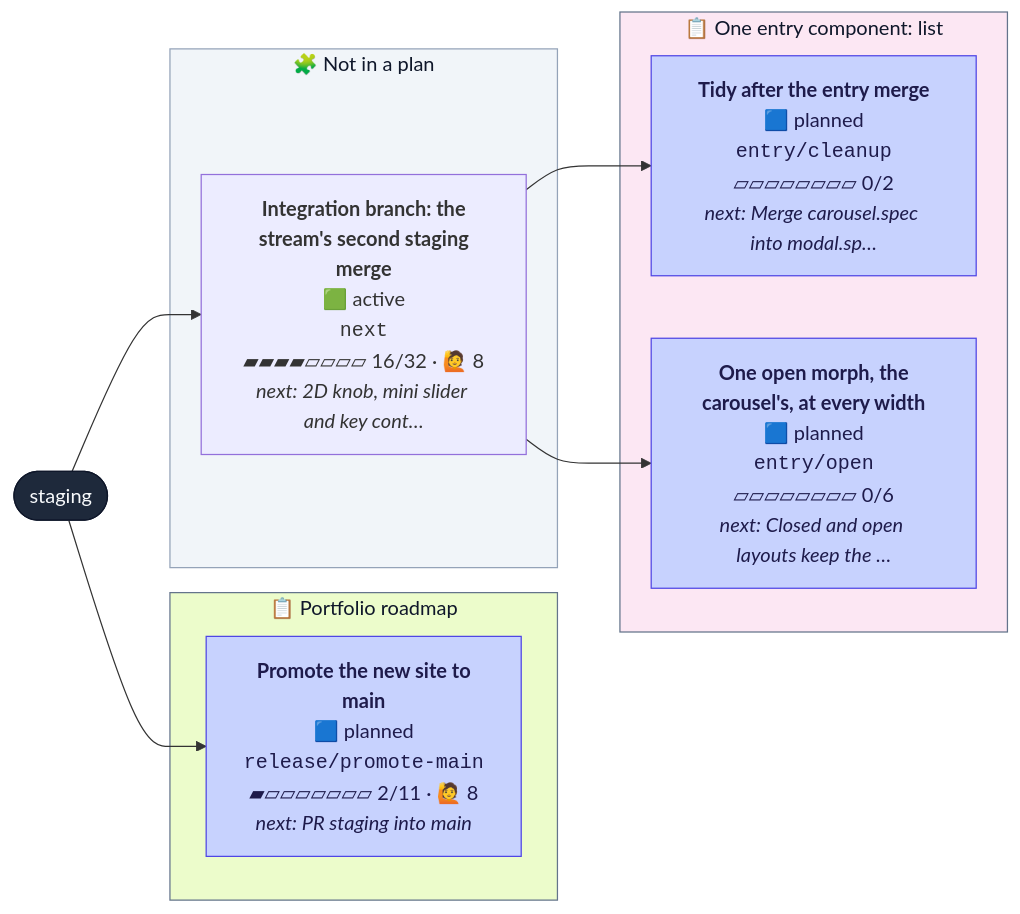
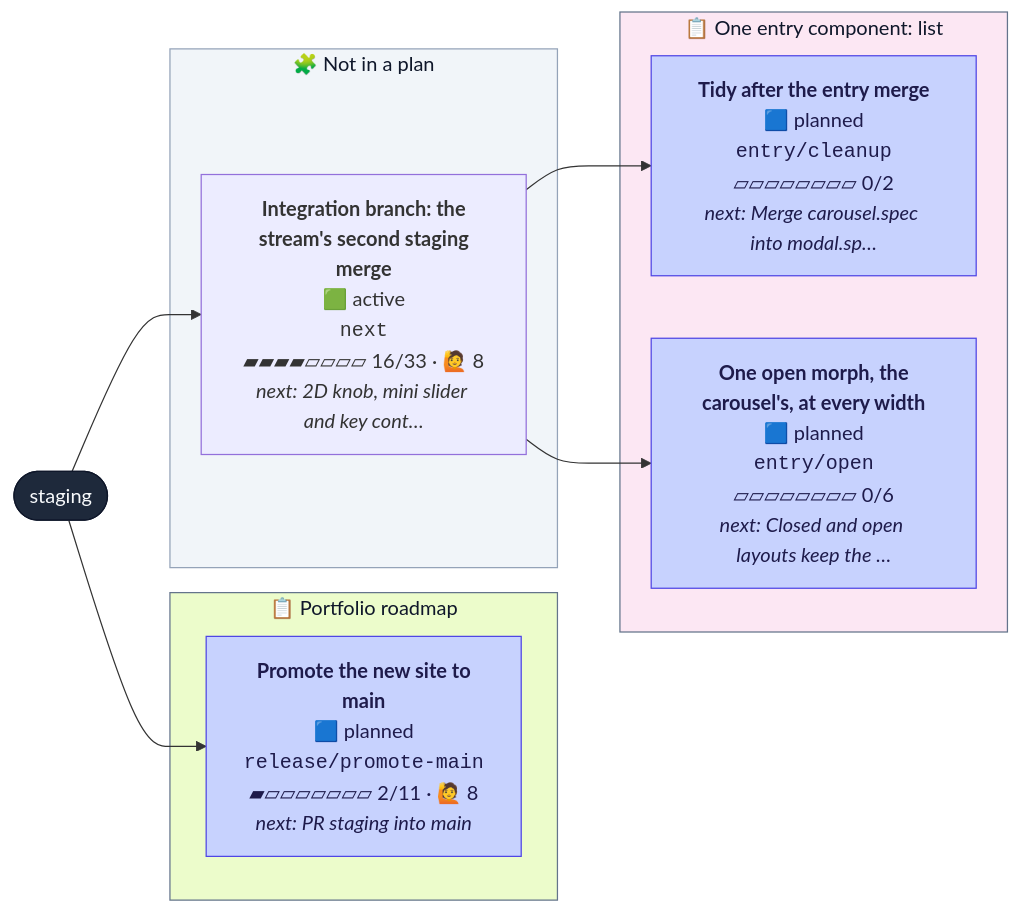
Before and after one commit to henryjonescodes/portfolio: the second of 2 diagrams in CONTRIBUTING.md, drawn with Mermaid. The commit also changed other lines of this file, not shown here.

````diff
--- a/CONTRIBUTING.md
+++ b/CONTRIBUTING.md
@@ -37,33 +37,33 @@
 ```mermaid
 flowchart LR
   n_staging([staging])
   class n_staging trunk
   subgraph plan_1["📋 One entry component: list"]
     n_entry_cleanup["<b>Tidy after the entry merge</b><br/>🟦 planned<br/><code>entry/cleanup</code><br/>▱▱▱▱▱▱▱▱ 0/2<br/><i>next: Merge carousel.spec into modal.sp…</i>"]
     class n_entry_cleanup planned
     n_entry_open["<b>One open morph, the<br/>carousel's, at every width</b><br/>🟦 planned<br/><code>entry/open</code><br/>▱▱▱▱▱▱▱▱ 0/6<br/><i>next: Closed and open layouts keep the …</i>"]
     class n_entry_open planned
   end
   style plan_1 fill:#fce7f3,stroke:#64748b,color:#0f172a
   subgraph plan_2["📋 Portfolio roadmap"]
     n_release_promote_main["<b>Promote the new site to<br/>main</b><br/>🟦 planned<br/><code>release/promote-main</code><br/>▰▱▱▱▱▱▱▱ 2/11 · 🙋 8<br/><i>next: PR staging into main</i>"]
     class n_release_promote_main planned
   end
   style plan_2 fill:#ecfccb,stroke:#64748b,color:#0f172a
   subgraph loose["🧩 Not in a plan"]
-    n_next["<b>Integration branch: the<br/>stream's second staging<br/>merge</b><br/>🟩 active<br/><code>next</code><br/>▰▰▰▰▱▱▱▱ 16/32 · 🙋 8<br/><i>next: 2D knob, mini slider and key cont…</i>"]
+    n_next["<b>Integration branch: the<br/>stream's second staging<br/>merge</b><br/>🟩 active<br/><code>next</code><br/>▰▰▰▰▱▱▱▱ 16/33 · 🙋 8<br/><i>next: 2D knob, mini slider and key cont…</i>"]
     class n_next active,current
   end
   style loose fill:#f1f5f9,stroke:#94a3b8,color:#0f172a
   n_next --> n_entry_cleanup
   n_next --> n_entry_open
   n_staging --> n_next
   n_staging --> n_release_promote_main
   classDef planned fill:#c7d2fe,stroke:#4f46e5,color:#1e1b4b
   classDef sketched fill:#f8fafc,stroke:#64748b,stroke-dasharray:4 3,color:#334155
   classDef active fill:#bbf7d0,stroke:#16a34a,stroke-width:3px,color:#052e16
   classDef review fill:#fde68a,stroke:#d97706,stroke-width:3px,color:#451a03
   classDef blocked fill:#fecaca,stroke:#dc2626,stroke-width:3px,color:#450a0a
   classDef trunk fill:#1e293b,stroke:#0f172a,color:#f8fafc
   classDef current stroke:#0ea5e9,stroke-width:5px
 ```
````
